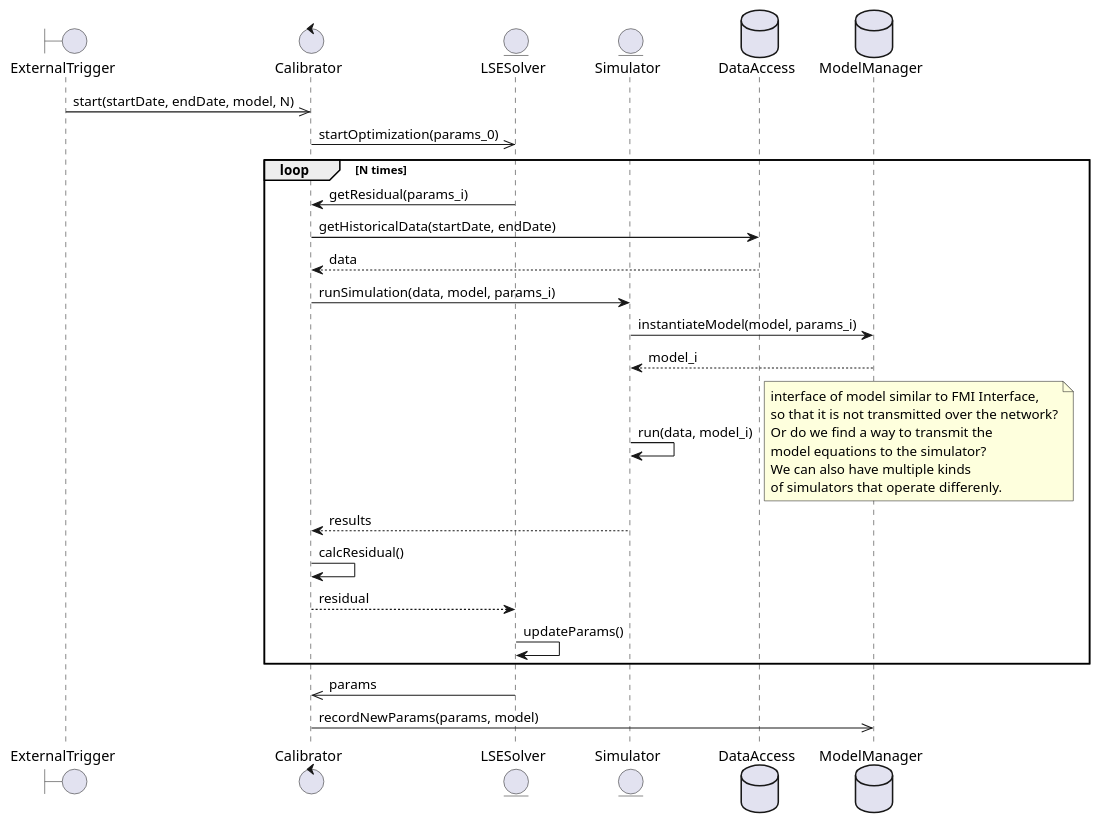
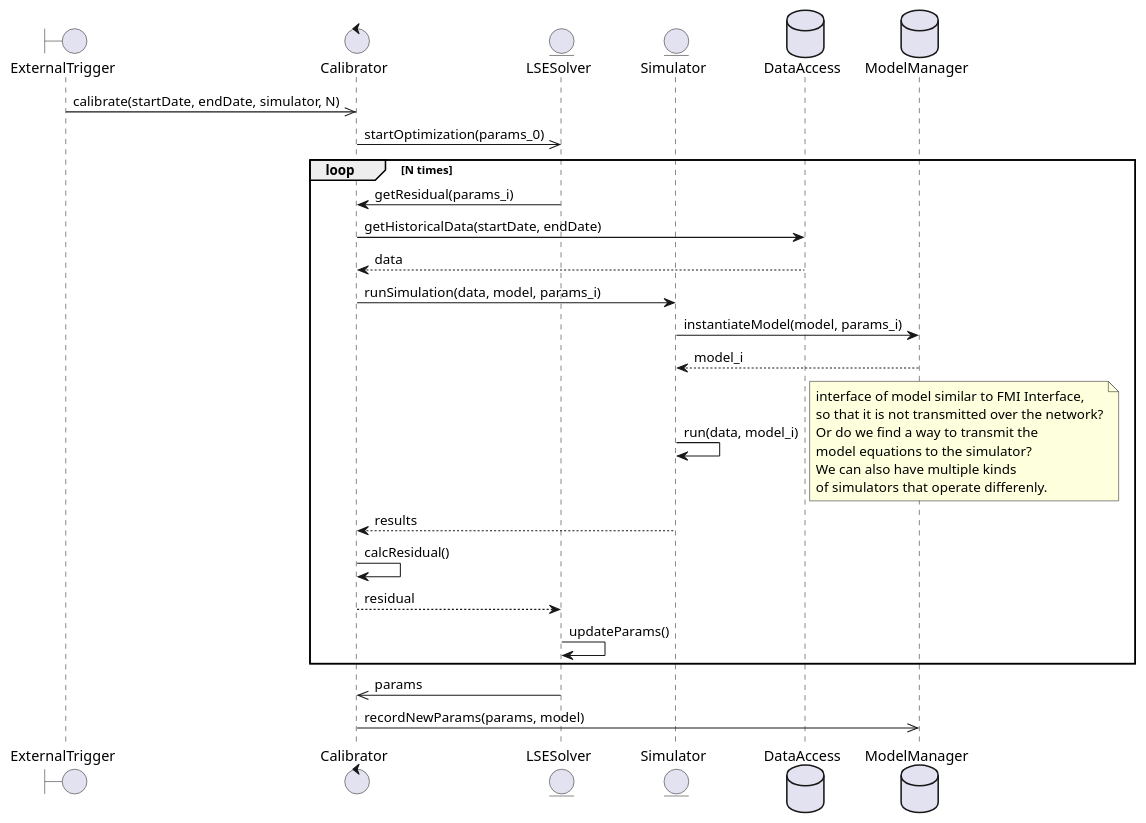
One commit to INTO-CPS-Association/example_digital-twin_incubator changed the diagram in notes/claudio/calibration_sequence.puml. Above: the diagram before and after it, drawn with PlantUML. The commit also changed 2 other files, not shown here.

```diff
--- a/notes/claudio/calibration_sequence.puml
+++ b/notes/claudio/calibration_sequence.puml
@@ -1,33 +1,33 @@
 @startuml
 boundary ExternalTrigger as trig
 control Calibrator as cal
 entity LSESolver as lse
 entity Simulator as sim
 database DataAccess as db
 database ModelManager as mod
-trig ->> cal: start(startDate, endDate, model, N)
+trig ->> cal: calibrate(startDate, endDate, simulator, N)
 cal ->> lse: startOptimization(params_0)
 loop N times 
   lse -> cal: getResidual(params_i)
   cal -> db: getHistoricalData(startDate, endDate)
   return data
   cal -> sim: runSimulation(data, model, params_i)
     sim -> mod: instantiateModel(model, params_i)
     return model_i
     sim -> sim: run(data, model_i)
     note right
     interface of model similar to FMI Interface, 
     so that it is not transmitted over the network?
     Or do we find a way to transmit the 
     model equations to the simulator?
     We can also have multiple kinds 
     of simulators that operate differenly.
     end note
   sim --> cal: results
   cal -> cal: calcResidual()
   cal --> lse: residual
   lse -> lse: updateParams()
 end
 lse ->> cal: params
 cal ->> mod: recordNewParams(params, model)
 @enduml
```
